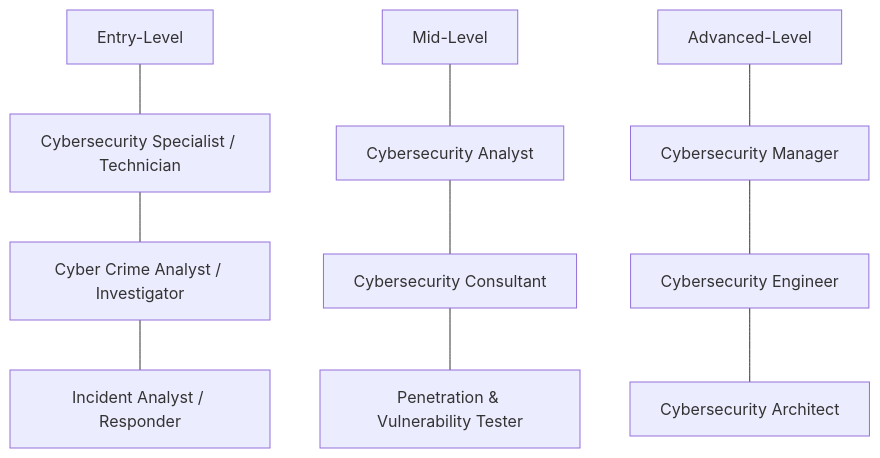
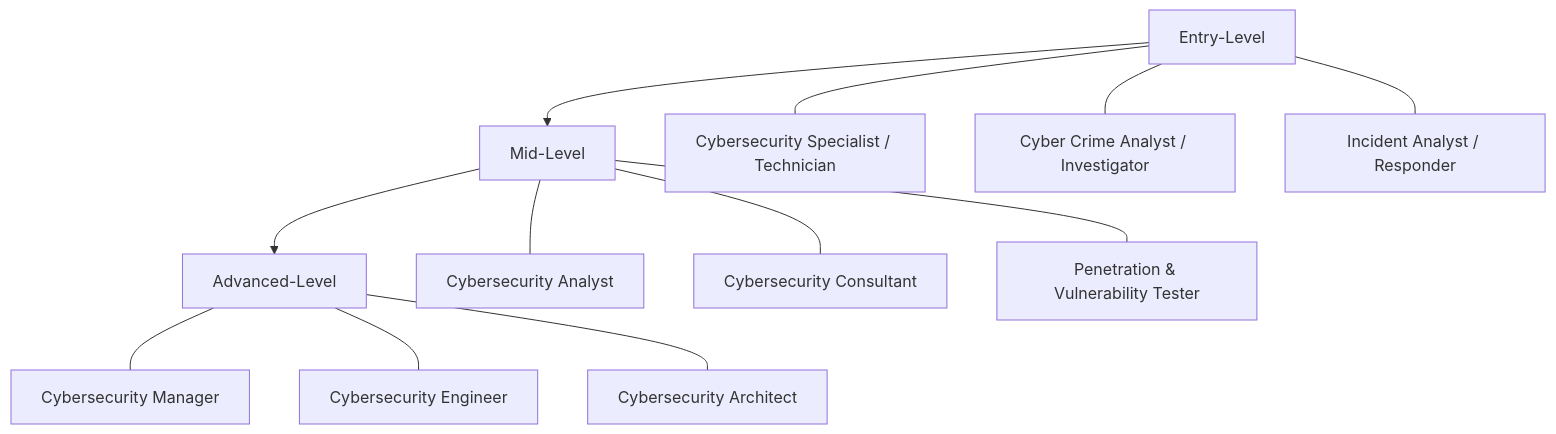
One commit to nicjlambert/study changed the diagram in CompTIA CySA+ (CS0-003) Complete Course & Practice Exam/Section 1: Identify Security Control Types.md. Above: the diagram before and after it, drawn with Mermaid. The commit also changed other lines of this file, not shown here.

Commit message:
added SOC info

````diff
--- a/CompTIA CySA+ (CS0-003) Complete Course & Practice Exam/Section 1: Identify Security Control Types.md
+++ b/CompTIA CySA+ (CS0-003) Complete Course & Practice Exam/Section 1: Identify Security Control Types.md
@@ -5,11 +5,18 @@
 ```mermaid
 flowchart TD
 
-    A[Entry-Level] --- B1[Cybersecurity Specialist / Technician] --- B2[Cyber Crime Analyst / Investigator] --- B3[Incident Analyst / Responder]
+    A[Entry-Level] --> B[Mid-Level] --> C[Advanced-Level]
+    
+    A --- B1[Cybersecurity Specialist / Technician]
+    A --- B2[Cyber Crime Analyst / Investigator]
+    A --- B3[Incident Analyst / Responder]
 
-    B[Mid-Level] --- C2[Cybersecurity Analyst] --- 3[Cybersecurity Consultant] --- C4[Penetration & Vulnerability Tester]
+    B --- C2[Cybersecurity Analyst]
+    B --- C3[Cybersecurity Consultant]
+    B --- C4[Penetration & Vulnerability Tester]
 
-    C[Advanced-Level] --- D3[Cybersecurity Manager] --- D4[Cybersecurity Engineer] --- D5[Cybersecurity Architect]
-
+    C --- D3[Cybersecurity Manager]
+    C --- D4[Cybersecurity Engineer]
+    C --- D5[Cybersecurity Architect]
 
 ```
````
